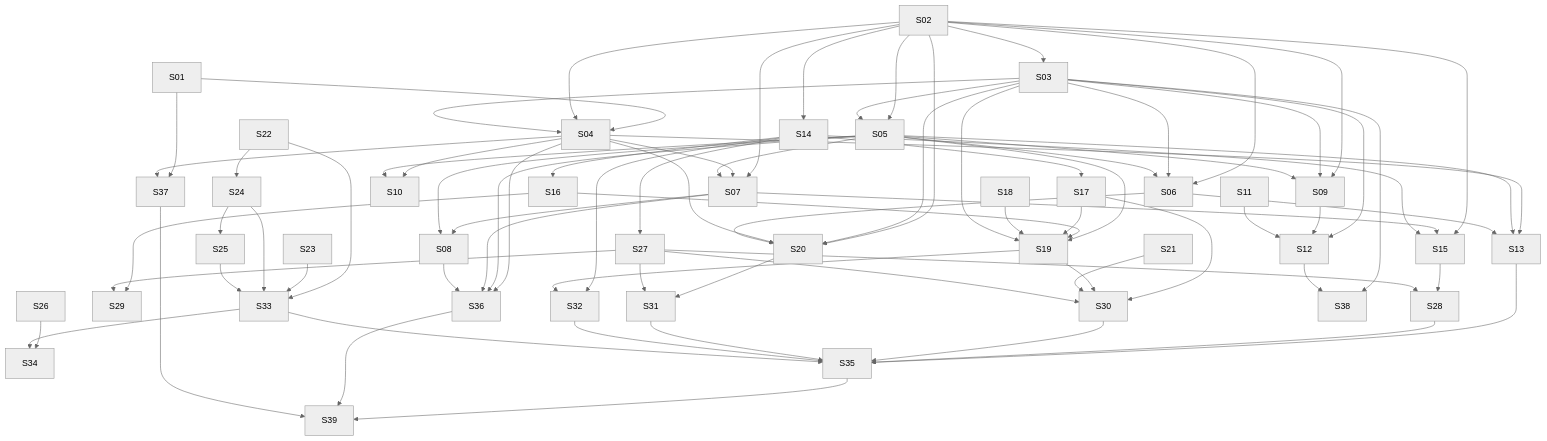
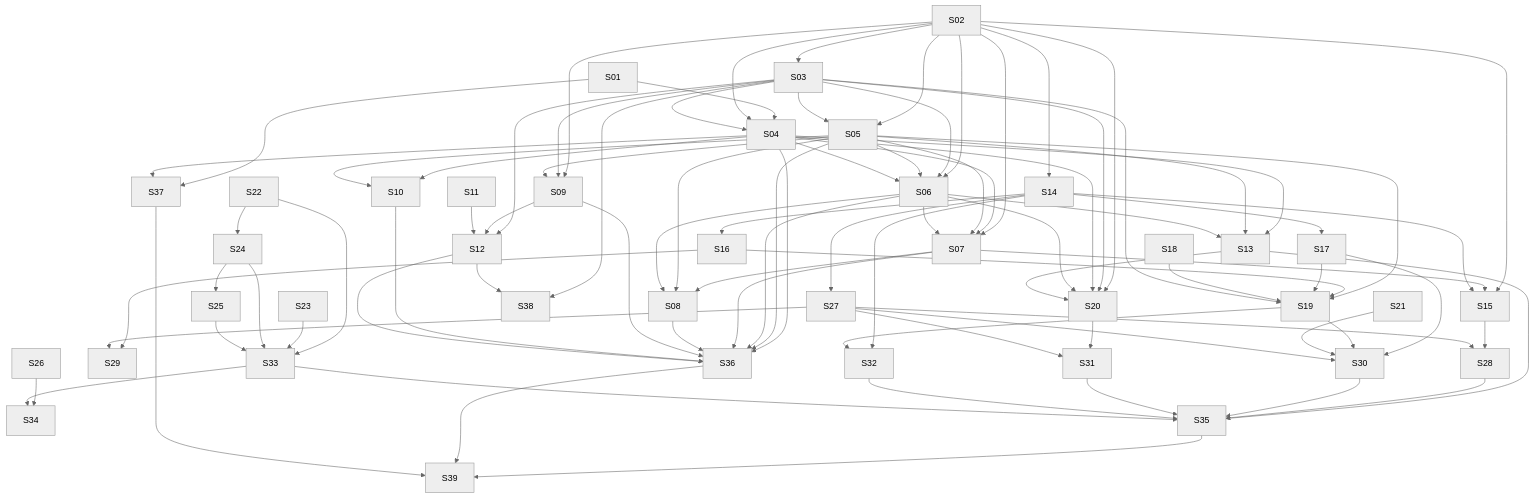
Before and after one commit to lmmoreira/ikaro: the diagram in plan/M26-TENANT-BILLING-COLLECTION-LAUNCH.md, drawn with Mermaid (neutral theme). The commit also changed other lines of this file and 46 other files, not shown here.

```diff
--- a/plan/M26-TENANT-BILLING-COLLECTION-LAUNCH.md
+++ b/plan/M26-TENANT-BILLING-COLLECTION-LAUNCH.md
@@ -101,11 +101,14 @@
   S02 --> S06
   S03 --> S06
   S05 --> S06
+  S04 --> S06
   S02 --> S07
   S04 --> S07
   S05 --> S07
+  S06 --> S07
   S07 --> S08
   S05 --> S08
+  S06 --> S08
   S02 --> S09
   S03 --> S09
   S05 --> S09
@@ -132,6 +135,7 @@
   S03 --> S20
   S04 --> S20
   S06 --> S20
+  S13 --> S20
   S22 --> S24
   S24 --> S25
   S14 --> S27
@@ -161,8 +165,12 @@
   S33 --> S35
   S04 --> S36
   S05 --> S36
+  S06 --> S36
   S07 --> S36
   S08 --> S36
+  S09 --> S36
+  S10 --> S36
+  S12 --> S36
   S01 --> S37
   S04 --> S37
   S03 --> S38
```
